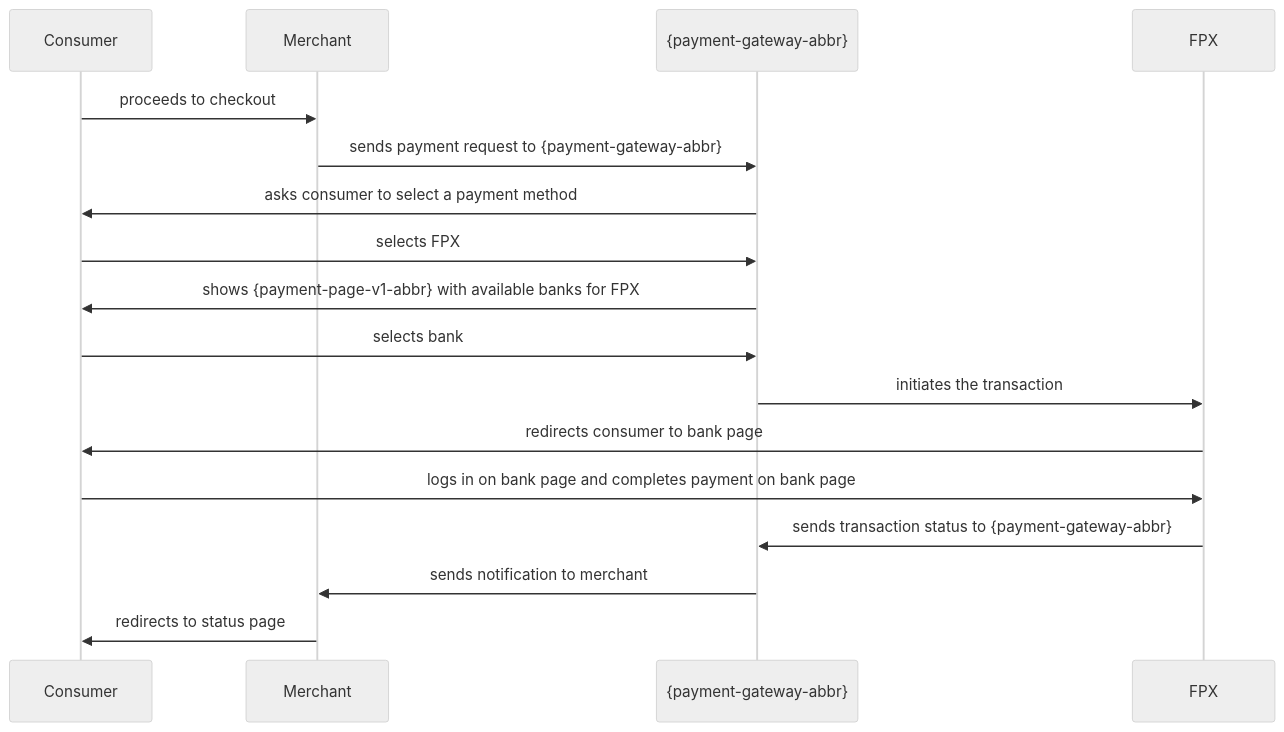
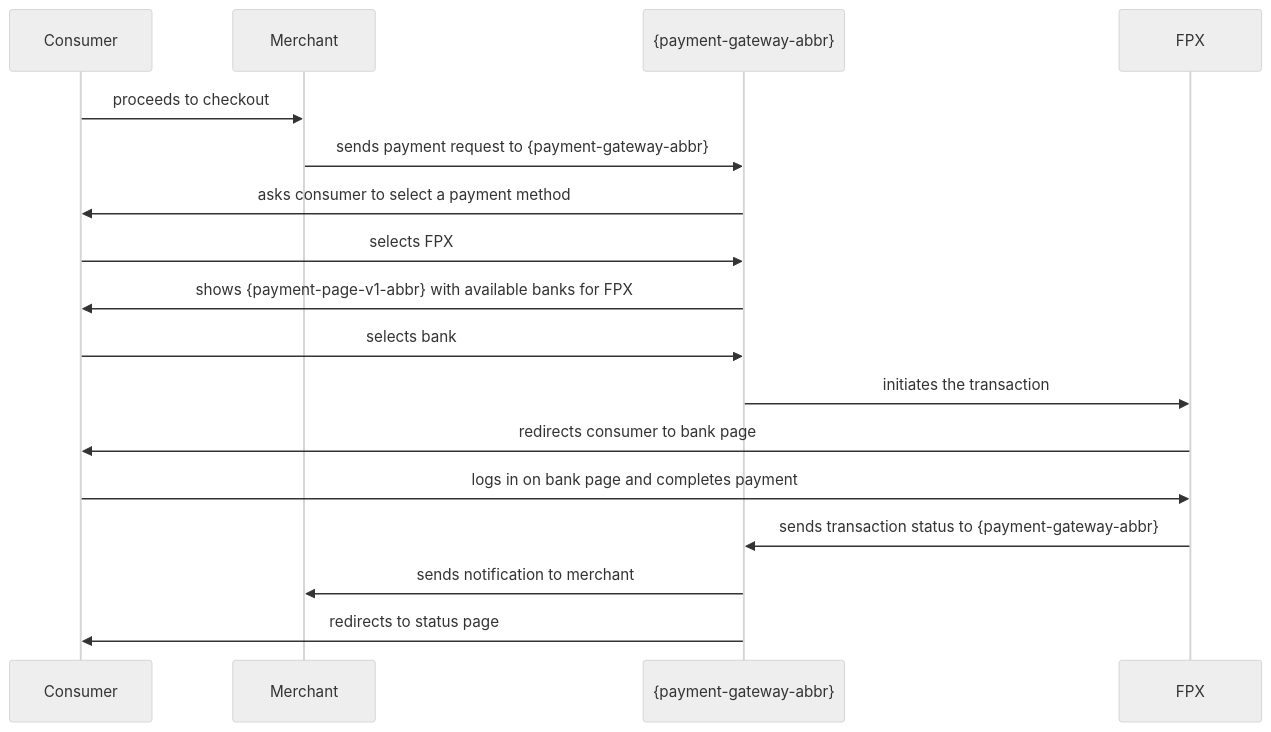
One commit to wirecard/merchant-documentation-gateway changed the diagram in 11-47-fpx.adoc. Above: the diagram before and after it, drawn with Mermaid (neutral theme). The commit also changed other lines of this file, not shown here.

```diff
--- a/11-47-fpx.adoc
+++ b/11-47-fpx.adoc
@@ -66,20 +66,20 @@
 [mermaid, CC_Fields_intro_elements_parentchild,svg,subs=attributes+]
 ----
 sequenceDiagram
     participant Consumer
     participant Merchant
     participant {payment-gateway-abbr}
     participant FPX
 Consumer->>Merchant: proceeds to checkout
 Merchant->>{payment-gateway-abbr}: sends payment request to {payment-gateway-abbr}
 {payment-gateway-abbr}->>Consumer: asks consumer to select a payment method
 Consumer->>{payment-gateway-abbr}: selects FPX
 {payment-gateway-abbr}->> Consumer: shows {payment-page-v1-abbr} with available banks for FPX
 Consumer->>{payment-gateway-abbr}: selects bank
 {payment-gateway-abbr}->>FPX: initiates the transaction
 FPX->>Consumer: redirects consumer to bank page
-Consumer->>FPX: logs in on bank page and completes payment on bank page
+Consumer->>FPX: logs in on bank page and completes payment
 FPX->>{payment-gateway-abbr}: sends transaction status to {payment-gateway-abbr}
 {payment-gateway-abbr}->>Merchant: sends notification to merchant
-Merchant->>Consumer: redirects to status page
+{payment-gateway-abbr}->>Consumer: redirects to status page
 ----
```
